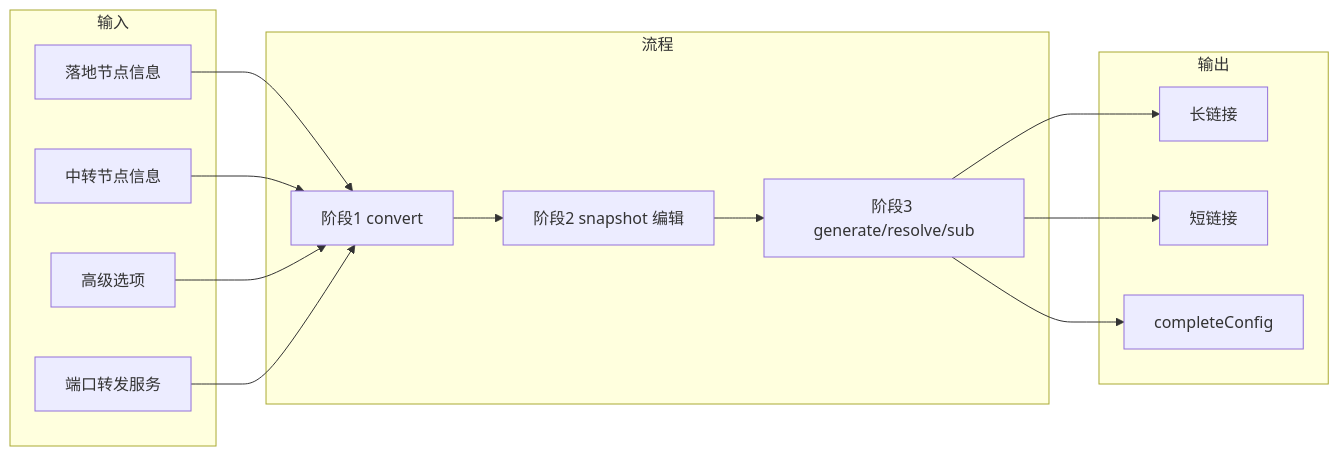
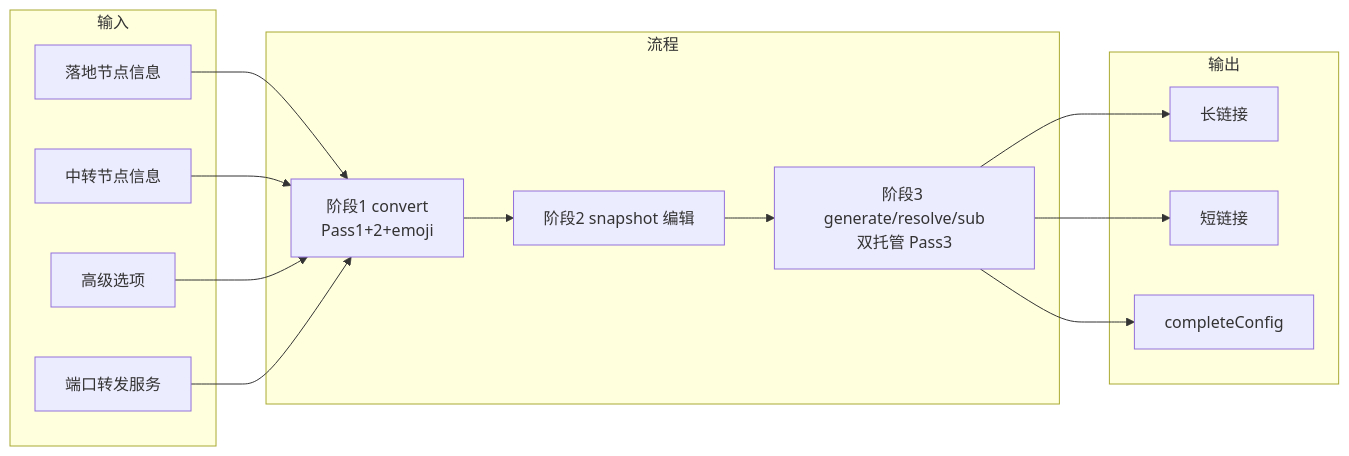
Before and after one commit to slackworker/chain-subconverter: the diagram in docs/spec/01-overview.md, drawn with Mermaid. The commit also changed other lines of this file and 23 other files, not shown here.

````diff
--- a/docs/spec/01-overview.md
+++ b/docs/spec/01-overview.md
@@ -20,31 +20,31 @@
 ```mermaid
 flowchart LR
   subgraph Input[输入]
     L[落地节点信息]
     T[中转节点信息]
     O[高级选项]
     F[端口转发服务]
   end
 
   subgraph Flow[流程]
-    C[阶段1 convert]
+    C[阶段1 convert<br/>Pass1+2+emoji]
     S[阶段2 snapshot 编辑]
-    G[阶段3 generate/resolve/sub]
+    G[阶段3 generate/resolve/sub<br/>双托管 Pass3]
   end
 
   subgraph Output[输出]
     LU[长链接]
     SU[短链接]
     YAML[completeConfig]
   end
 
   L --> C
   T --> C
   O --> C
   F --> C
   C --> S
   S --> G
   G --> LU
   G --> SU
   G --> YAML
 ```
````
